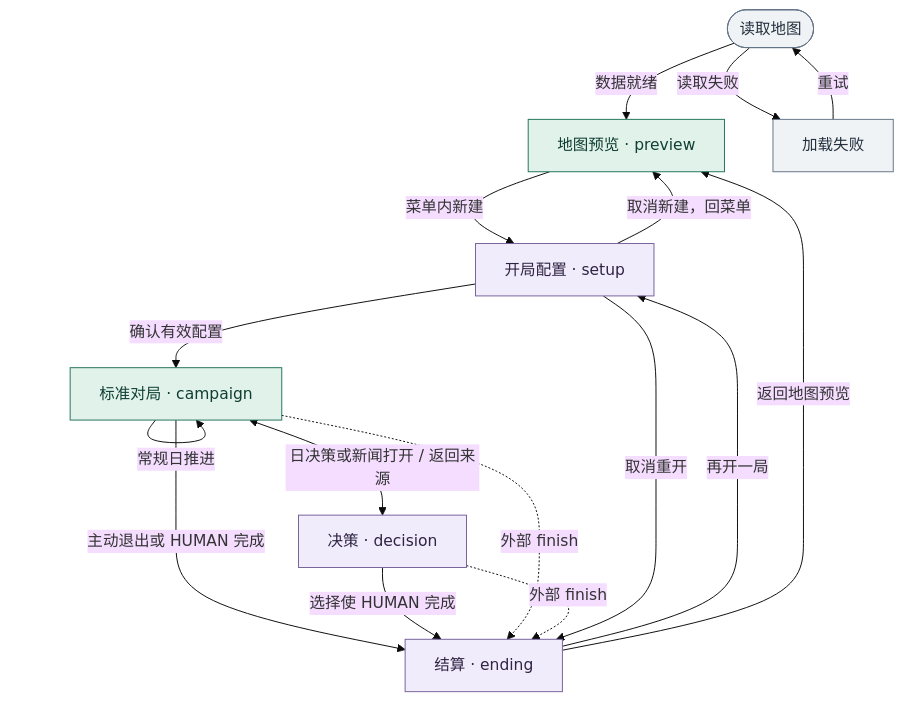
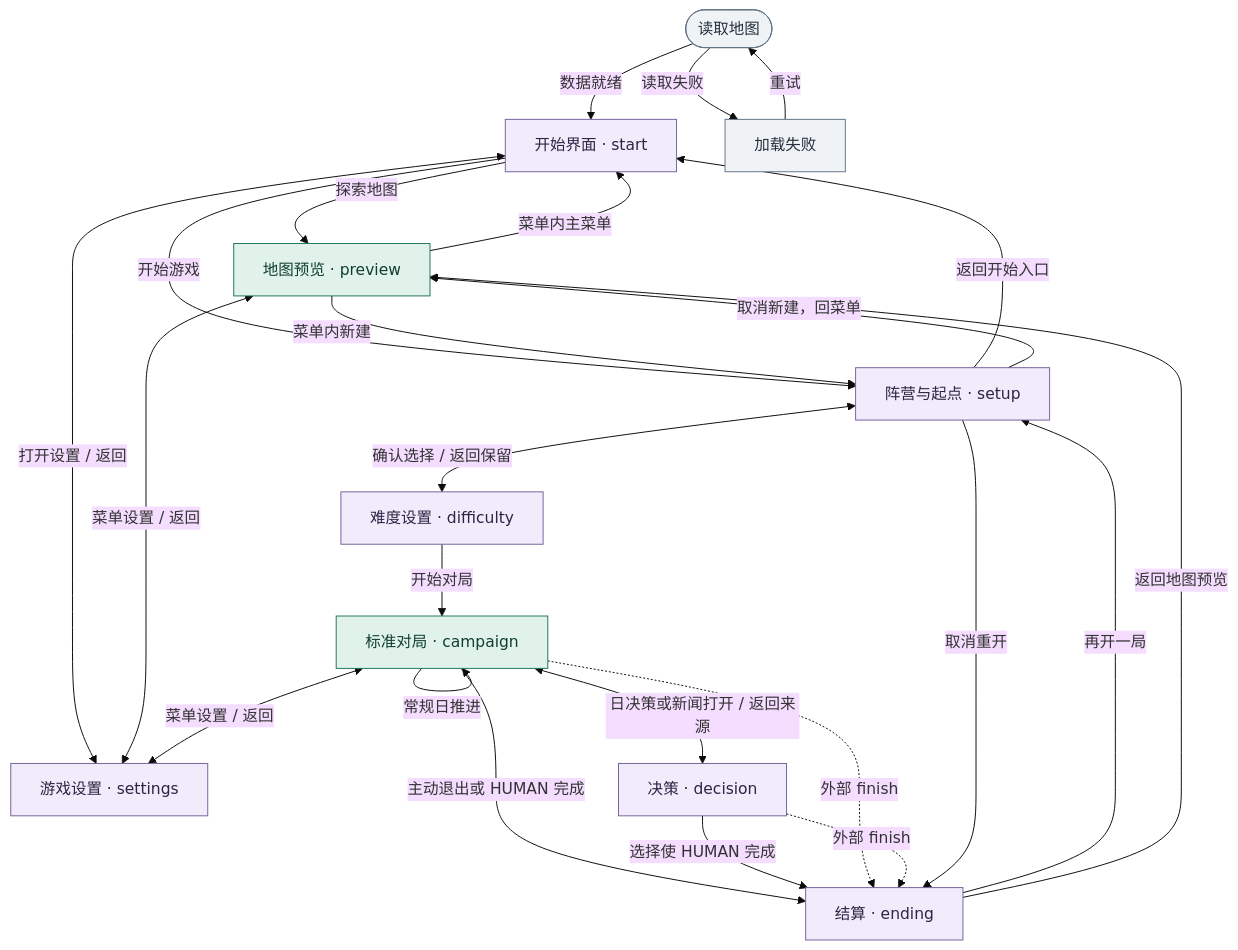
The first of 2 diagrams in docs/game-architecture.md (MixGeeker/si-inc), drawn with Mermaid (base theme) before and after one commit. The commit also changed other lines of this file and 17 other files, not shown here.

Commit message:
Add start, settings, and difficulty scene framework

````diff
--- a/docs/game-architecture.md
+++ b/docs/game-architecture.md
@@ -67,26 +70,34 @@
 ```mermaid
 flowchart TD
     accTitle: Singularity Inc. 场景状态机
-    accDescr: 地图就绪后从预览菜单开局。每日推进可触发决策或 HUMAN 完成；正式选择也可立即触发终局。玩家可主动退出，对局没有固定到期日。
-    Load(["读取地图"]) -->|数据就绪| Preview["地图预览 · preview"]
+    accDescr: 地图就绪后显示主菜单，新局选择阵营和起点，再确认难度；全局设置可返回原入口。每日推进或正式选择可触发终局，对局没有固定到期日。
+    Load(["读取地图"]) -->|数据就绪| Start["开始界面 · start"]
     Load -->|读取失败| Failed["加载失败"]
     Failed -->|重试| Load
-    Preview -->|菜单内新建| Setup["开局配置 · setup"]
+    Start <-->|打开设置 / 返回| Settings["游戏设置 · settings"]
+    Start -->|探索地图| Preview["地图预览 · preview"]
+    Preview -->|菜单内主菜单| Start
+    Start -->|开始游戏| Setup["阵营与起点 · setup"]
+    Setup -->|返回开始入口| Start
+    Preview -->|菜单内新建| Setup
     Setup -->|取消新建，回菜单| Preview
-    Setup -->|确认有效配置| Campaign["标准对局 · campaign"]
+    Setup <-->|确认选择 / 返回保留| Difficulty["难度设置 · difficulty"]
+    Difficulty -->|开始对局| Campaign["标准对局 · campaign"]
+    Preview <-->|菜单设置 / 返回| Settings
+    Campaign <-->|菜单设置 / 返回| Settings
     Campaign -->|常规日推进| Campaign
     Campaign <-->|日决策或新闻打开 / 返回来源| Decision["决策 · decision"]
     Campaign -->|主动退出或 HUMAN 完成| Ending["结算 · ending"]
     Decision -->|选择使 HUMAN 完成| Ending
     Campaign -. 外部 finish .-> Ending
     Decision -. 外部 finish .-> Ending
     Ending -->|再开一局| Setup
     Setup -->|取消重开| Ending
     Ending -->|返回地图预览| Preview
     classDef map fill:#e0f2ea,stroke:#23735c,color:#103e33
     classDef dialog fill:#f0ecfb,stroke:#76619a,color:#302344
     classDef load fill:#f0f3f6,stroke:#657487,color:#24303d
     class Preview,Campaign map
-    class Setup,Decision,Ending dialog
+    class Start,Settings,Setup,Difficulty,Decision,Ending dialog
     class Load,Failed load
 ```
````
